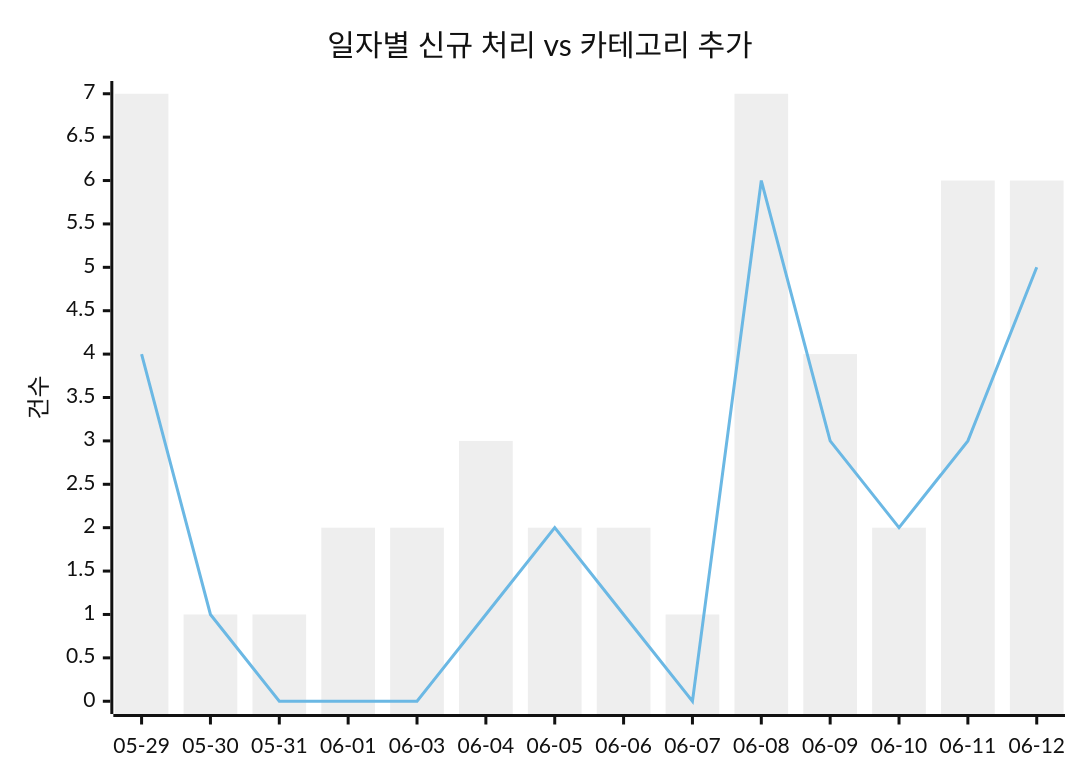
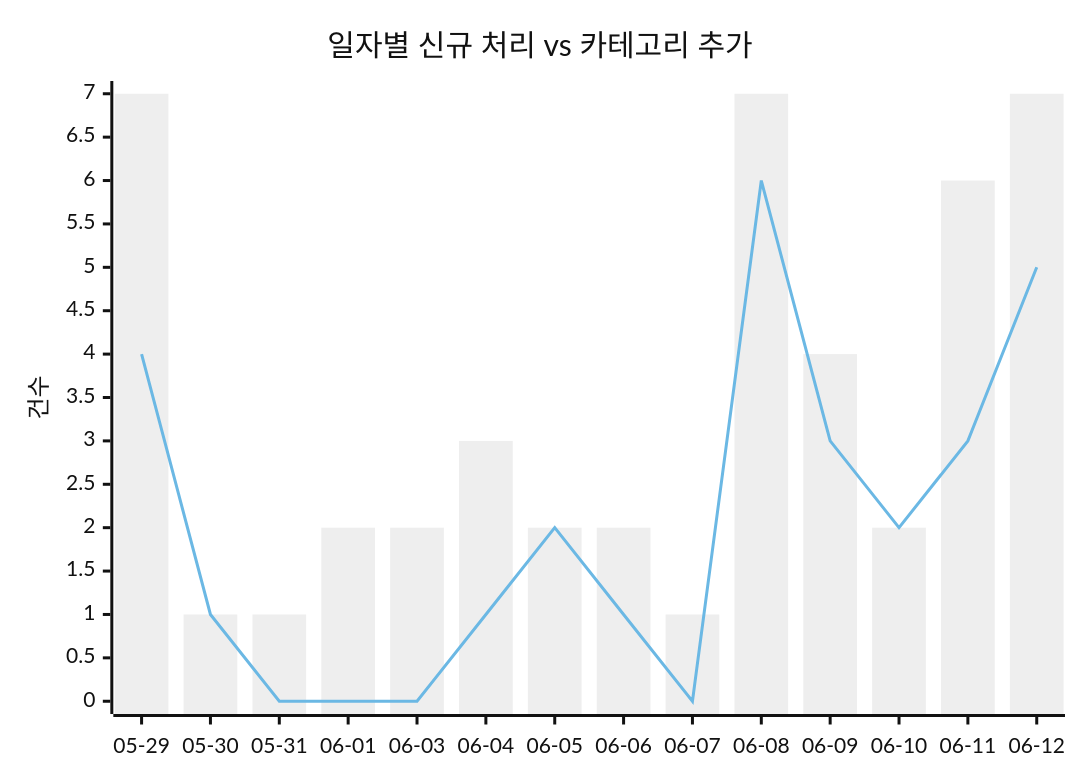
One commit to J-nowcow/awesome-korean-agent-skills changed the first of 2 diagrams in docs/trends.md. Above: the diagram before and after it, drawn with Mermaid (neutral theme). The commit also changed other lines of this file and 2 other files, not shown here.

````diff
--- a/docs/trends.md
+++ b/docs/trends.md
@@ -32,8 +32,8 @@
 ```mermaid
 xychart-beta
     title "일자별 신규 처리 vs 카테고리 추가"
     x-axis ["05-29","05-30","05-31","06-01","06-03","06-04","06-05","06-06","06-07","06-08","06-09","06-10","06-11","06-12"]
     y-axis "건수"
-    bar [7,1,1,2,2,3,2,2,1,7,4,2,6,6]
+    bar [7,1,1,2,2,3,2,2,1,7,4,2,6,7]
     line [4,1,0,0,0,1,2,1,0,6,3,2,3,5]
 ```
````
